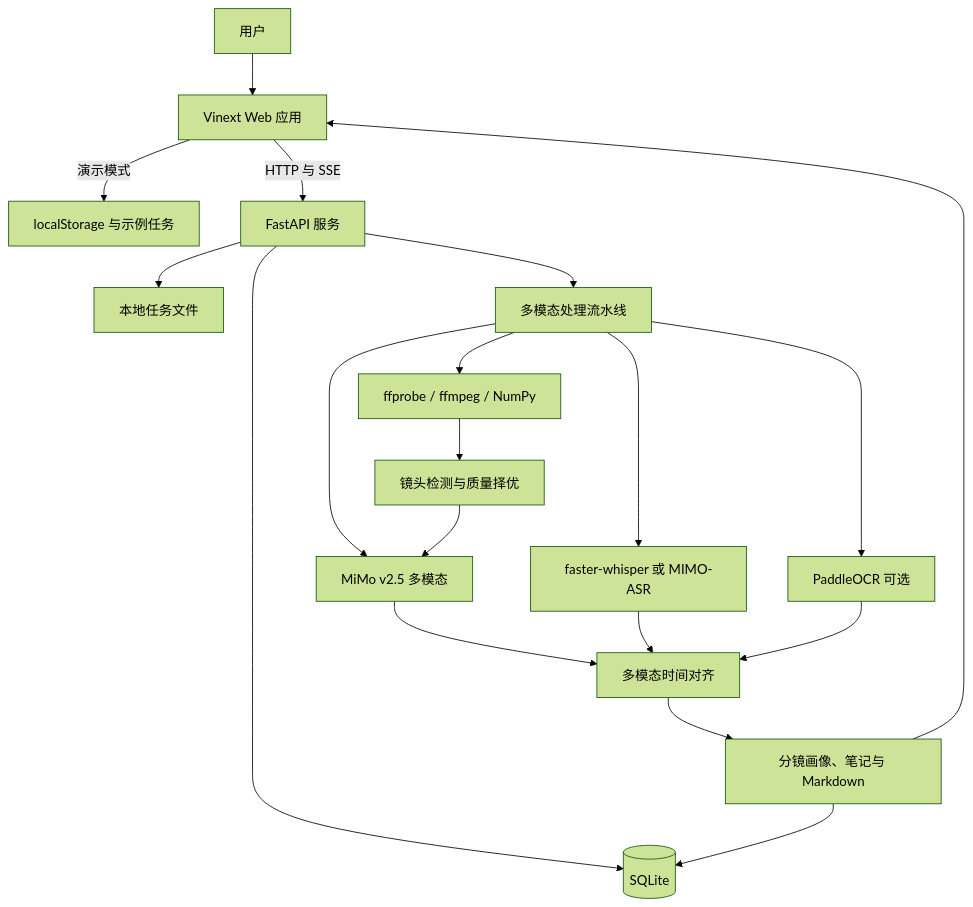
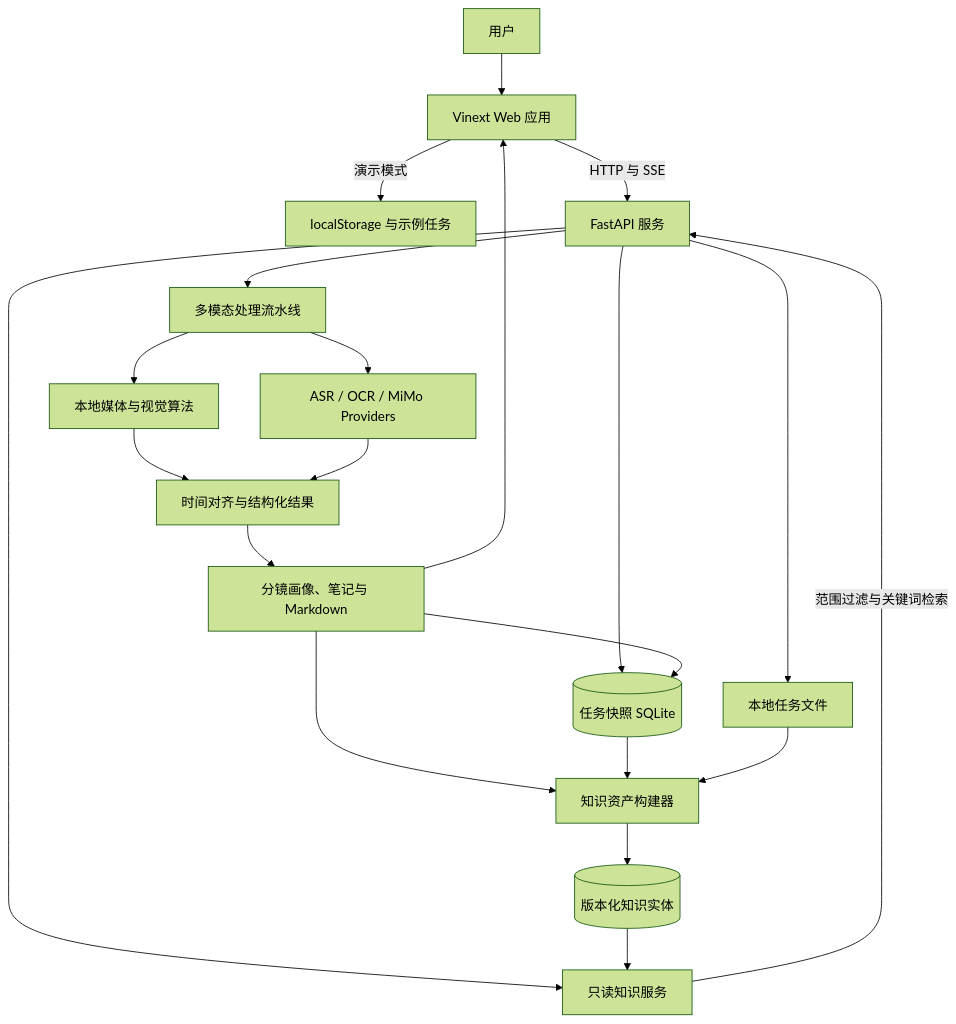
Before and after one commit to guyue356/SnapNote: the first of 5 diagrams in README.md, drawn with Mermaid (forest theme). The commit also changed other lines of this file and 16 other files, not shown here.

````diff
--- a/README.md
+++ b/README.md
@@ -233,24 +273,26 @@
 ```mermaid
 flowchart TD
     User["用户"] --> Web["Vinext Web 应用"]
     Web -->|"演示模式"| Local["localStorage 与示例任务"]
     Web -->|"HTTP 与 SSE"| API["FastAPI 服务"]
 
-    API --> DB[("SQLite")]
+    API --> TaskDB[("任务快照 SQLite")]
     API --> Files["本地任务文件"]
     API --> Pipeline["多模态处理流水线"]
+    API --> Query["只读知识服务"]
 
-    Pipeline --> Media["ffprobe / ffmpeg / NumPy"]
-    Pipeline --> ASR["faster-whisper 或 MIMO-ASR"]
-    Pipeline --> OCR["PaddleOCR 可选"]
-    Pipeline --> MIMO["MiMo v2.5 多模态"]
+    Pipeline --> Media["本地媒体与视觉算法"]
+    Pipeline --> Providers["ASR / OCR / MiMo Providers"]
+    Media --> Assemble["时间对齐与结构化结果"]
+    Providers --> Assemble
+    Assemble --> Notes["分镜画像、笔记与 Markdown"]
+    Notes --> TaskDB
+    Notes --> Web
+    Notes --> Builder["知识资产构建器"]
 
-    Media --> Frames["镜头检测与质量择优"]
-    Frames --> MIMO
-    MIMO --> Align["多模态时间对齐"]
-    ASR --> Align
-    OCR --> Align
-    Align --> Notes["分镜画像、笔记与 Markdown"]
-    Notes --> DB
-    Notes --> Web
+    TaskDB --> Builder
+    Files --> Builder
+    Builder --> KnowledgeDB[("版本化知识实体")]
+    KnowledgeDB --> Query
+    Query -->|"范围过滤与关键词检索"| API
 ```
````
